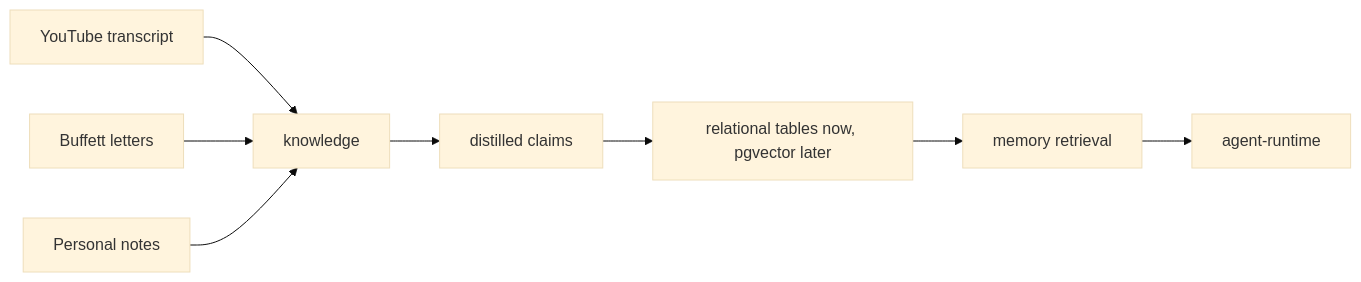
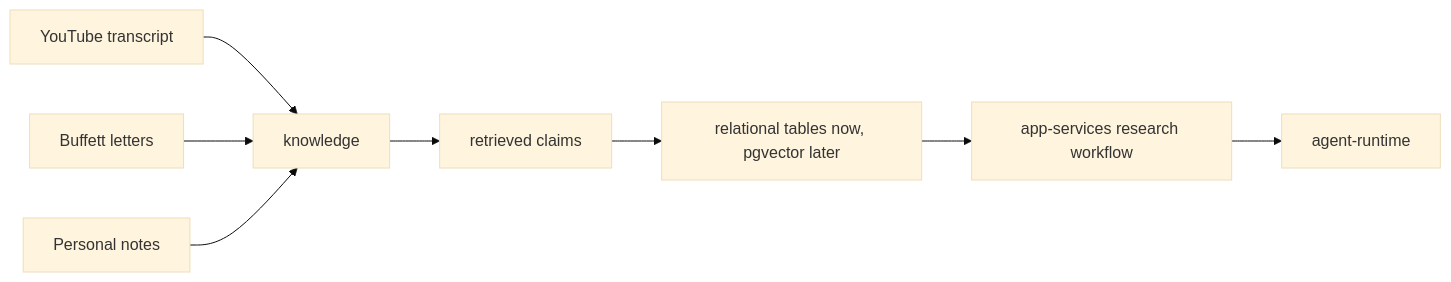
The fifth of 5 diagrams in docs/architecture.md (decocereus/tradeai), drawn with Mermaid (base theme) before and after one commit. The commit also changed other lines of this file and 4 other files, not shown here.

Commit message:
docs: refresh tradeai architecture status

````diff
--- a/docs/architecture.md
+++ b/docs/architecture.md
@@ -139,10 +146,10 @@
 ```mermaid
 flowchart LR
     Y["YouTube transcript"] --> K["knowledge"]
     B["Buffett letters"] --> K
     N["Personal notes"] --> K
-    K --> C["distilled claims"]
+    K --> C["retrieved claims"]
     C --> DB["relational tables now, pgvector later"]
-    DB --> M["memory retrieval"]
-    M --> A["agent-runtime"]
+    DB --> S["app-services research workflow"]
+    S --> A["agent-runtime"]
 ```
````
